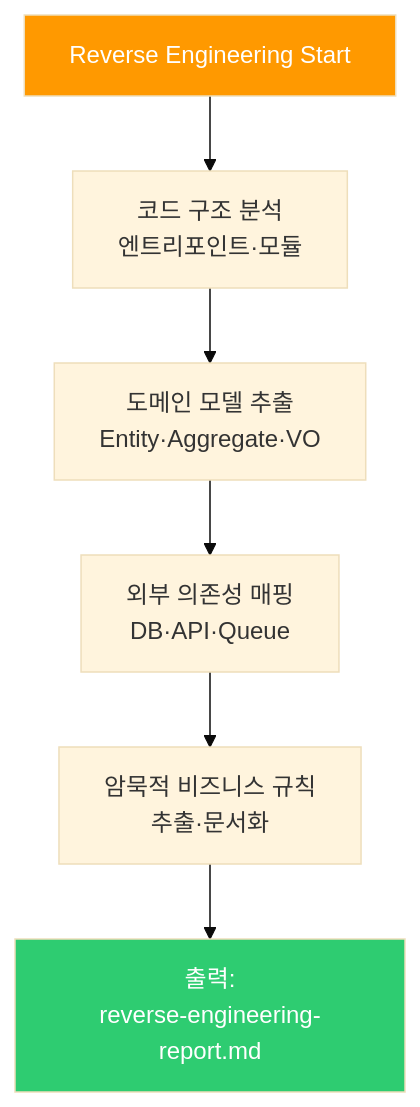
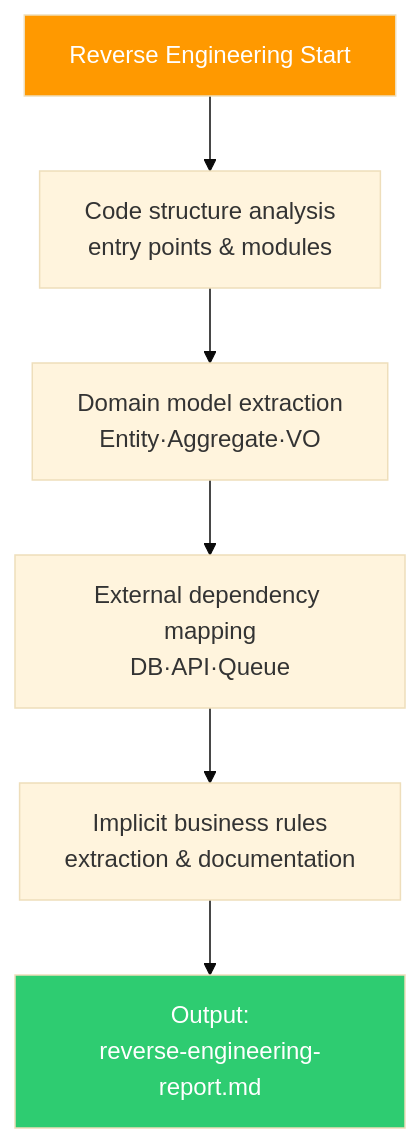
One commit to devfloor9/engineering-playbook changed the third of 9 diagrams in docs/aidlc/methodology/adaptive-execution.md. Above: the diagram before and after it, drawn with Mermaid (base theme). The commit also changed other lines of this file and 954 other files, not shown here.

````diff
--- a/docs/aidlc/methodology/adaptive-execution.md
+++ b/docs/aidlc/methodology/adaptive-execution.md
@@ -115,11 +115,11 @@
 ```mermaid
 flowchart TB
-    RE[Reverse Engineering Start] --> RE1[코드 구조 분석<br/>엔트리포인트·모듈]
-    RE1 --> RE2[도메인 모델 추출<br/>Entity·Aggregate·VO]
-    RE2 --> RE3[외부 의존성 매핑<br/>DB·API·Queue]
-    RE3 --> RE4[암묵적 비즈니스 규칙<br/>추출·문서화]
-    RE4 --> REO[출력:<br/>reverse-engineering-report.md]
+    RE[Reverse Engineering Start] --> RE1[Code structure analysis<br/>entry points & modules]
+    RE1 --> RE2[Domain model extraction<br/>Entity·Aggregate·VO]
+    RE2 --> RE3[External dependency mapping<br/>DB·API·Queue]
+    RE3 --> RE4[Implicit business rules<br/>extraction & documentation]
+    RE4 --> REO[Output:<br/>reverse-engineering-report.md]
 
     style RE fill:#ff9900,color:#fff
     style REO fill:#2ecc71,color:#fff
 ```
````
